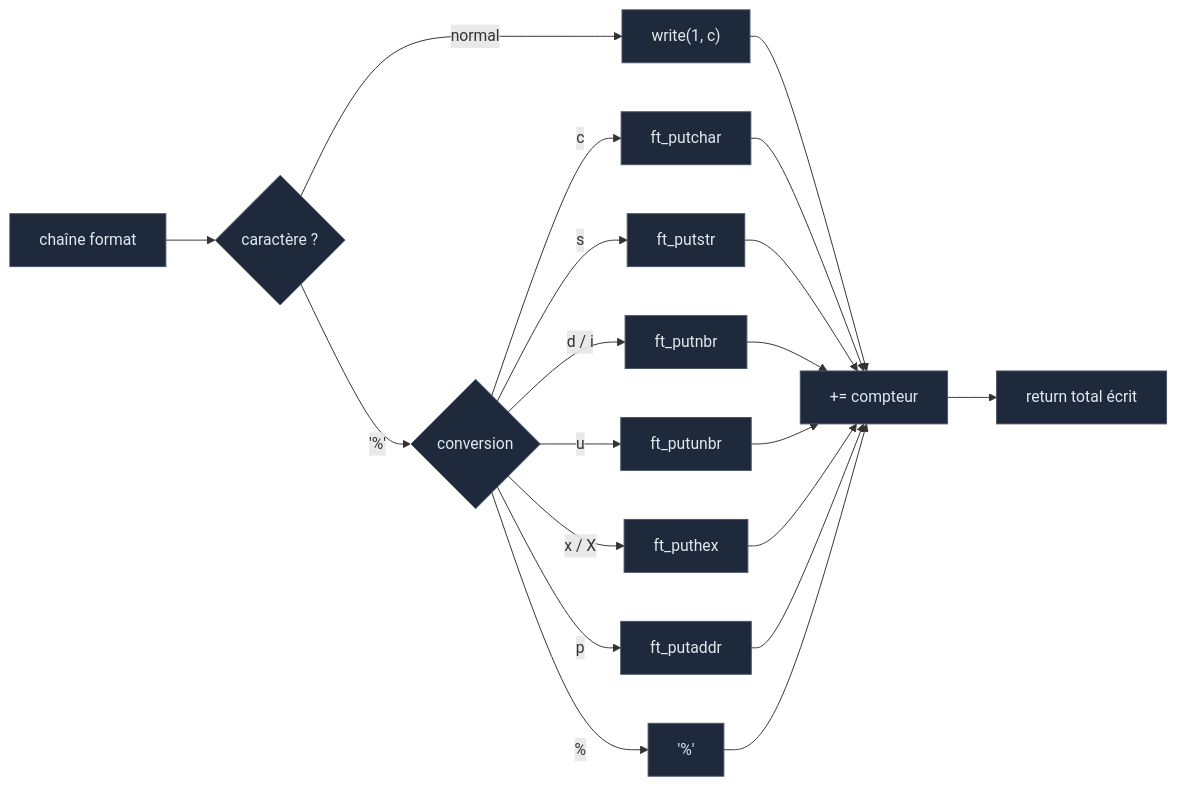
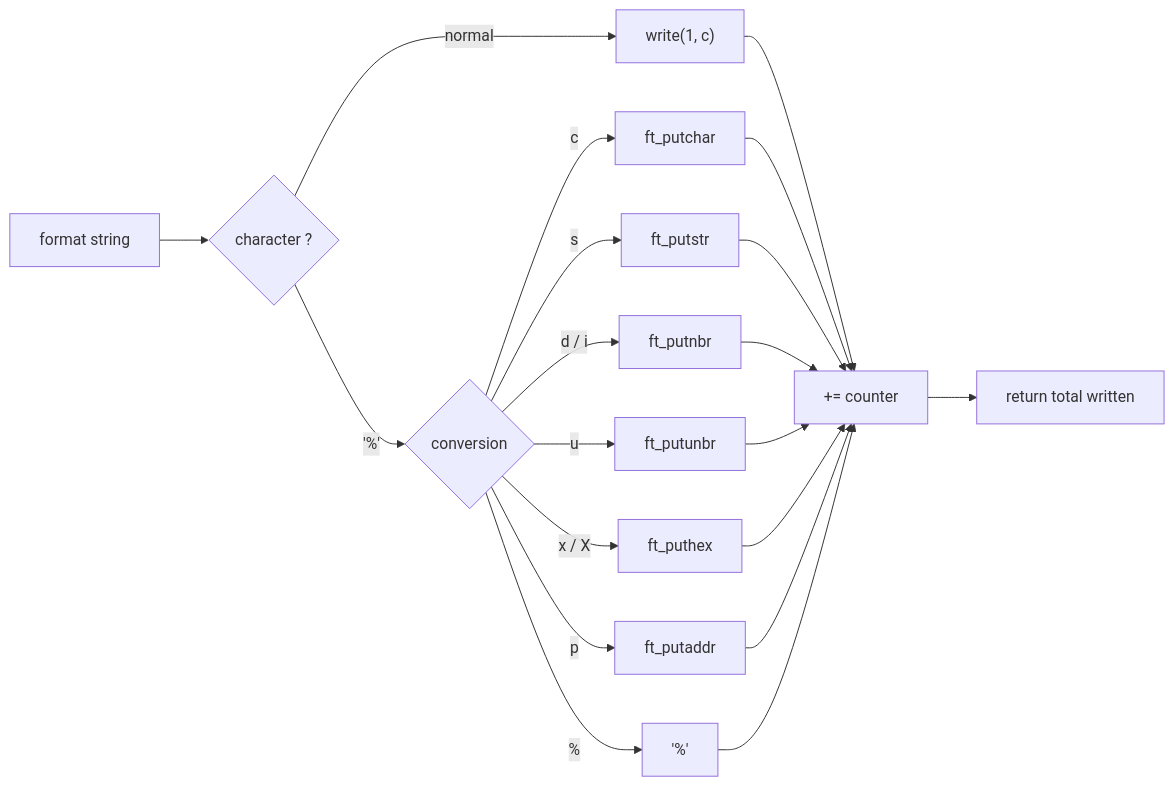
The fifth of 5 diagrams in README.md (AstarophTY/libft), drawn with Mermaid before and after one commit. The commit also changed other lines of this file, not shown here.

````diff
--- a/README.md
+++ b/README.md
@@ -260,25 +240,22 @@
 ```mermaid
 flowchart LR
-    in["chaîne format"] --> scan{"caractère ?"}
+    in["format string"] --> scan{"character ?"}
     scan -- "normal" --> w["write(1, c)"]
     scan -- "'%'" --> conv{"conversion"}
     conv -->|c| pc["ft_putchar"]
     conv -->|s| ps["ft_putstr"]
     conv -->|d / i| pn["ft_putnbr"]
     conv -->|u| pu["ft_putunbr"]
     conv -->|x / X| px["ft_puthex"]
     conv -->|p| pa["ft_putaddr"]
     conv -->|%| pp["'%'"]
-    w --> cnt["+= compteur"]
+    w --> cnt["+= counter"]
     pc --> cnt
     ps --> cnt
     pn --> cnt
     pu --> cnt
     px --> cnt
     pa --> cnt
     pp --> cnt
-    cnt --> ret["return total écrit"]
-
-    classDef n fill:#1e293b,stroke:#475569,color:#e2e8f0;
-    class in,scan,conv,w,pc,ps,pn,pu,px,pa,pp,cnt,ret n;
+    cnt --> ret["return total written"]
 ```
````
